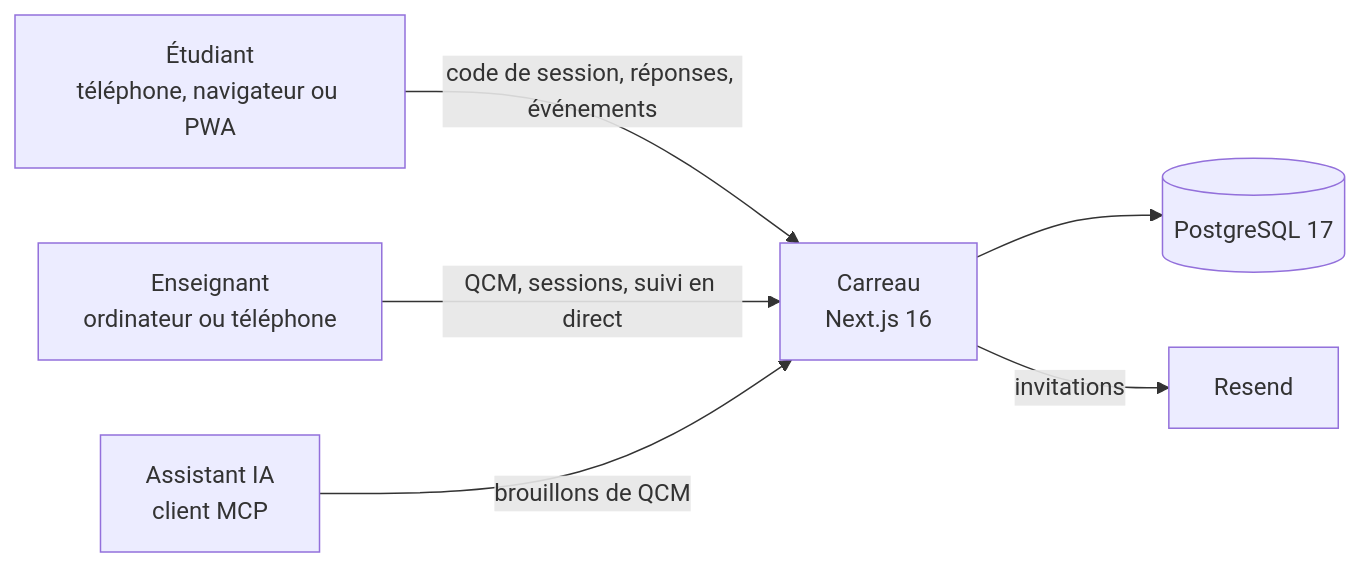
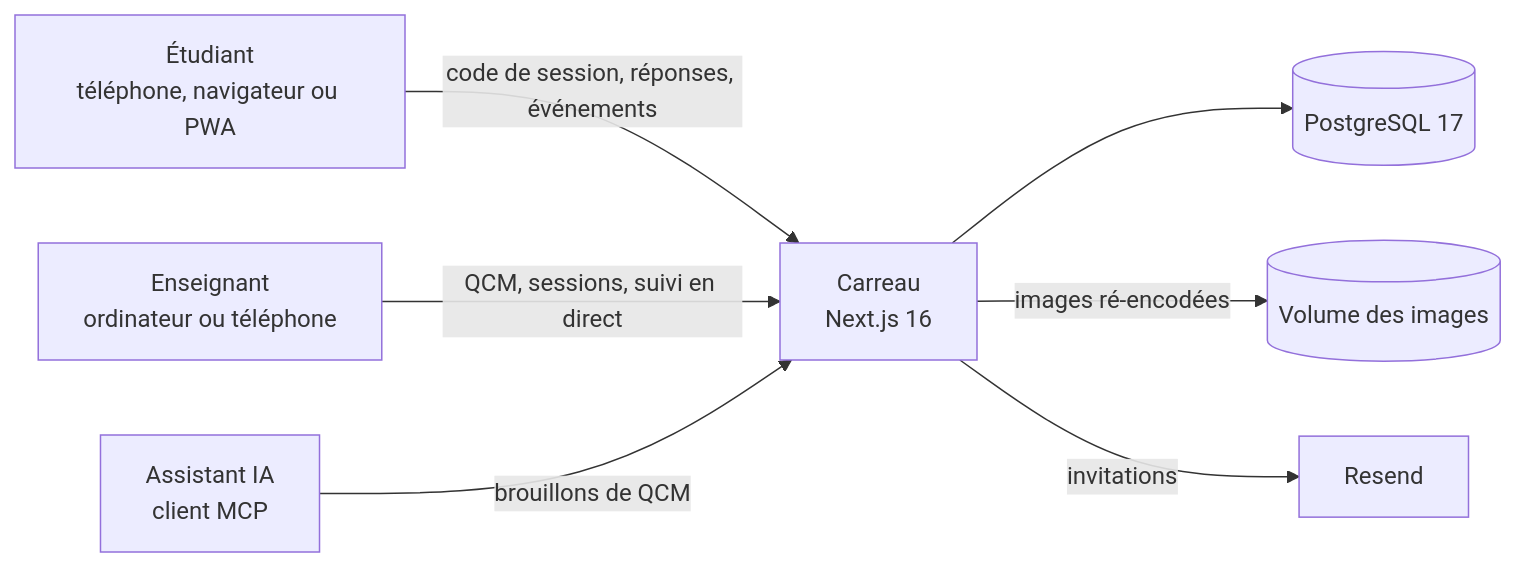
Before and after one commit to a8naaijetvi2lunk/carreau: the diagram in README.md, drawn with Mermaid. The commit also changed other lines of this file and 3 other files, not shown here.

````diff
--- a/README.md
+++ b/README.md
@@ -89,8 +89,9 @@
 ```mermaid
 flowchart LR
   E["Étudiant<br/>téléphone, navigateur ou PWA"] -- "code de session, réponses, événements" --> A
   P["Enseignant<br/>ordinateur ou téléphone"] -- "QCM, sessions, suivi en direct" --> A
   IA["Assistant IA<br/>client MCP"] -- "brouillons de QCM" --> A
   A["Carreau<br/>Next.js 16"] --> DB[("PostgreSQL 17")]
+  A -- "images ré-encodées" --> IMG[("Volume des images")]
   A -- "invitations" --> M["Resend"]
 ```
````
